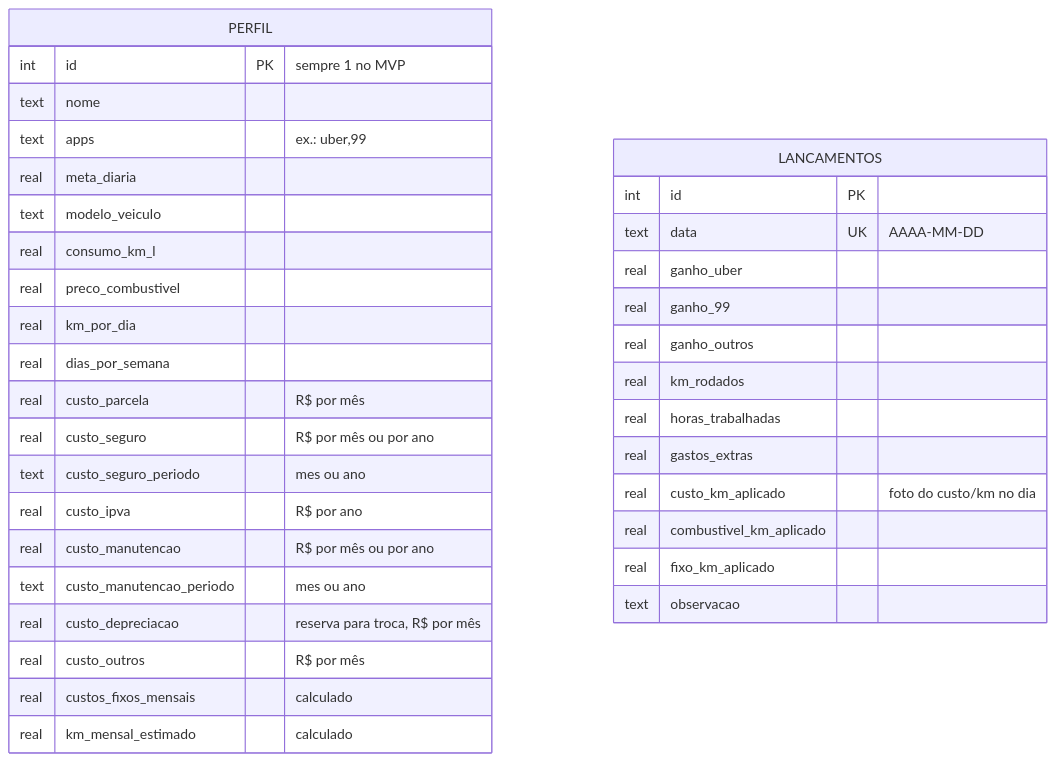
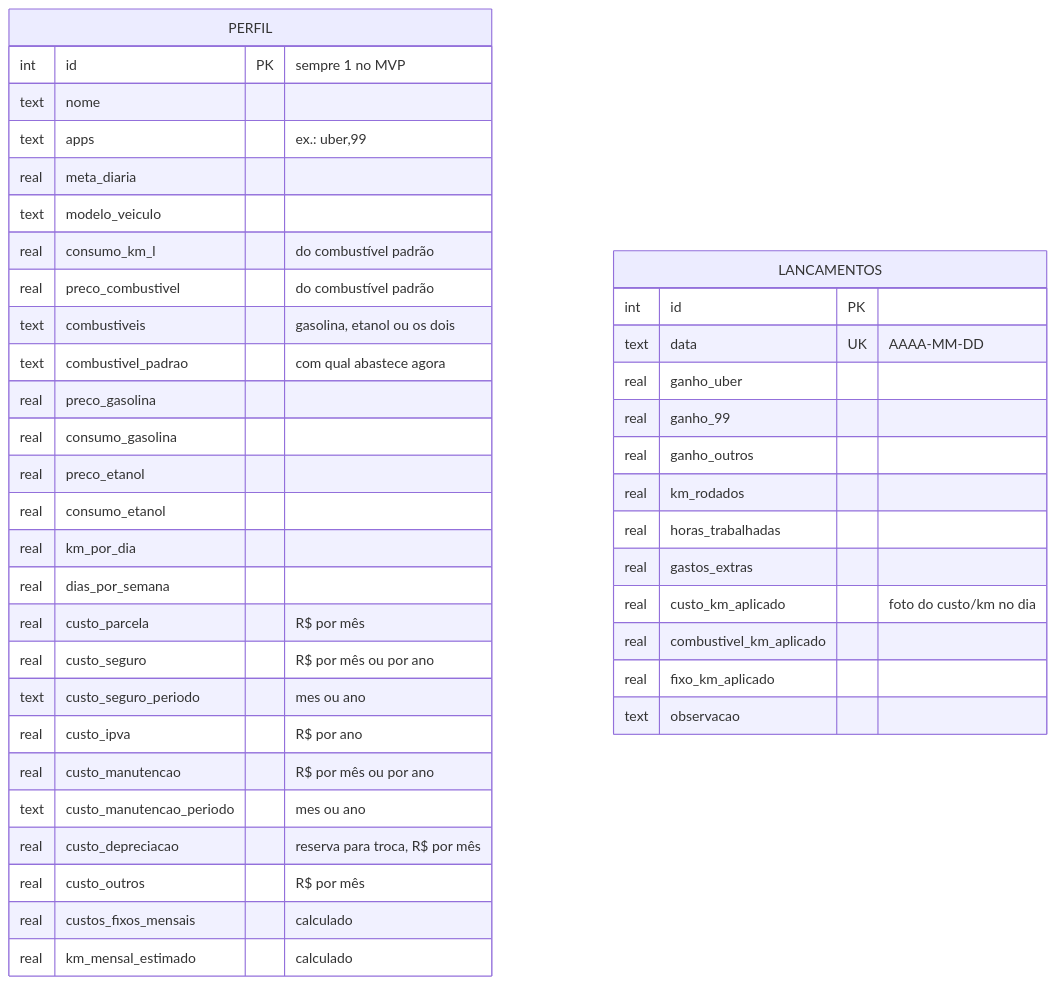
One commit to lucasMD10/Quilo-metro-Labs changed the second of 2 diagrams in README.md. Above: the diagram before and after it, drawn with Mermaid. The commit also changed other lines of this file and 10 other files, not shown here.

First line of the commit message:
feat: gasolina e etanol no cadastro do carro (pacote 1 do combustível)

````diff
--- a/README.md
+++ b/README.md
@@ -205,38 +205,44 @@
 ```mermaid
 erDiagram
   PERFIL {
     int id PK "sempre 1 no MVP"
     text nome
     text apps "ex.: uber,99"
     real meta_diaria
     text modelo_veiculo
-    real consumo_km_l
-    real preco_combustivel
+    real consumo_km_l "do combustível padrão"
+    real preco_combustivel "do combustível padrão"
+    text combustiveis "gasolina, etanol ou os dois"
+    text combustivel_padrao "com qual abastece agora"
+    real preco_gasolina
+    real consumo_gasolina
+    real preco_etanol
+    real consumo_etanol
     real km_por_dia
     real dias_por_semana
     real custo_parcela "R$ por mês"
     real custo_seguro "R$ por mês ou por ano"
     text custo_seguro_periodo "mes ou ano"
     real custo_ipva "R$ por ano"
     real custo_manutencao "R$ por mês ou por ano"
     text custo_manutencao_periodo "mes ou ano"
     real custo_depreciacao "reserva para troca, R$ por mês"
     real custo_outros "R$ por mês"
     real custos_fixos_mensais "calculado"
     real km_mensal_estimado "calculado"
   }
   LANCAMENTOS {
     int id PK
     text data UK "AAAA-MM-DD"
     real ganho_uber
     real ganho_99
     real ganho_outros
     real km_rodados
     real horas_trabalhadas
     real gastos_extras
     real custo_km_aplicado "foto do custo/km no dia"
     real combustivel_km_aplicado
     real fixo_km_aplicado
     text observacao
   }
 ```
````
